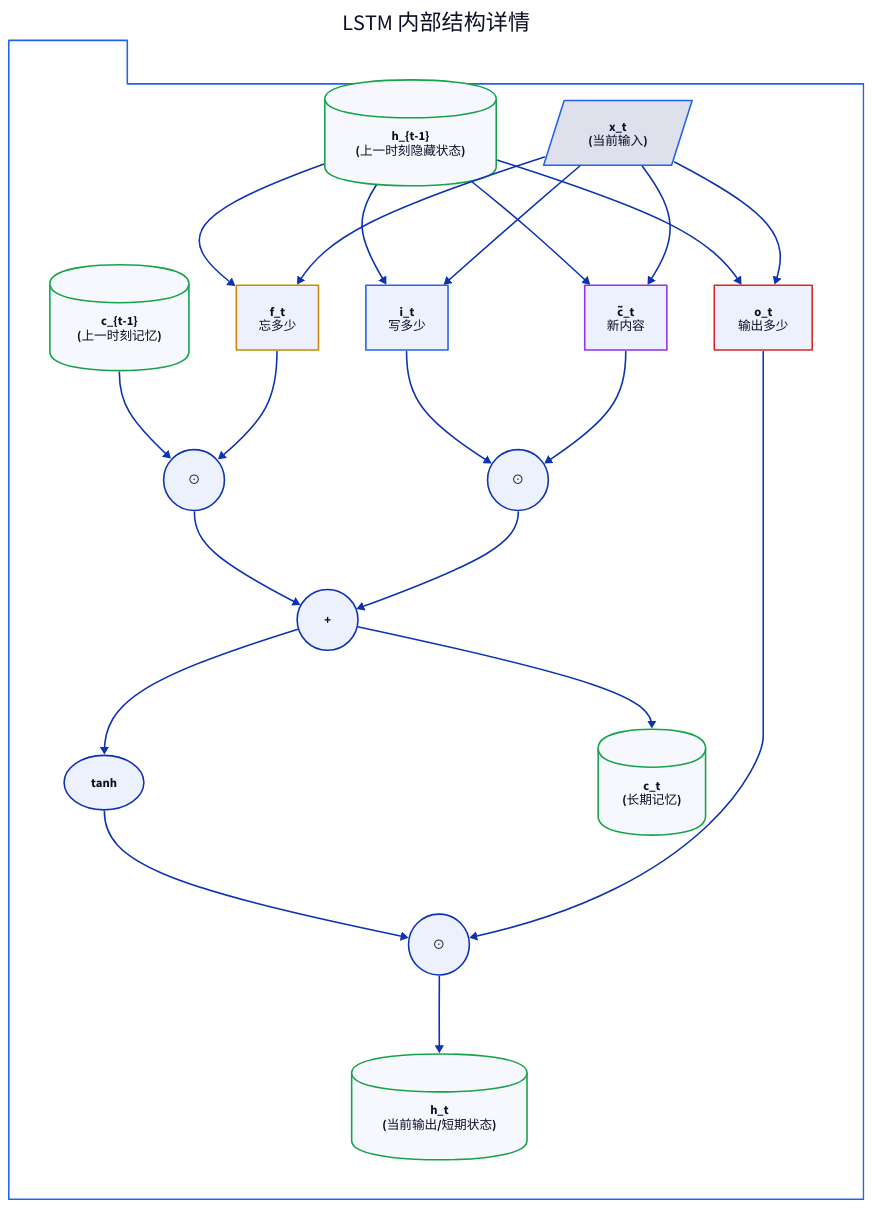
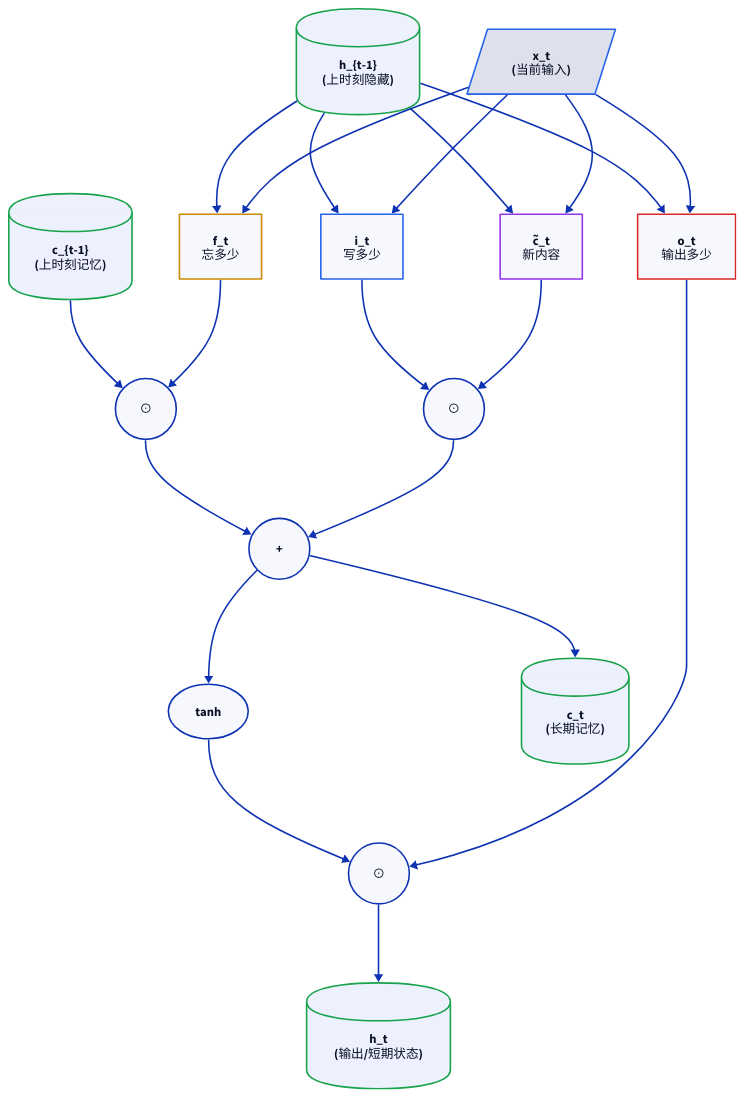
Before and after one commit to 111qqz/111qqz.github.io: the diagram in images/rnn-lstm-gru-architecture/lstm-detail.d2, drawn with D2. The commit also changed 71 other files, not shown here.

Commit message:
feat(diagrams): 处理 40-60% 中危配图，拆分 Overcommit 长链路并统一纵向/分阶段标准 111qqz/hugo-blog@6840c12ec7ae768c5e458013c75df5e0ce0c43e6

```diff
--- a/images/rnn-lstm-gru-architecture/lstm-detail.d2
+++ b/images/rnn-lstm-gru-architecture/lstm-detail.d2
@@ -1,52 +1,43 @@
 direction: down
 
-lstm: LSTM 内部结构详情 {
-  shape: package
-  style: {
-    stroke: "#2563eb"
-    stroke-width: 2
-    fill: transparent
-  }
+c_prev: "c_{t-1}\n(上时刻记忆)" { shape: cylinder; style.stroke: "#16a34a" }
+h_prev: "h_{t-1}\n(上时刻隐藏)" { shape: cylinder; style.stroke: "#16a34a" }
+x: "x_t\n(当前输入)" { shape: parallelogram; style.stroke: "#2563eb" }
 
-  c_prev: "c_{t-1}\n(上一时刻记忆)" { shape: cylinder; style.stroke: "#16a34a" }
-  h_prev: "h_{t-1}\n(上一时刻隐藏状态)" { shape: cylinder; style.stroke: "#16a34a" }
-  x: "x_t\n(当前输入)" { shape: parallelogram; style.stroke: "#2563eb" }
+f: "f_t\n忘多少" { shape: rectangle; style.stroke: "#ca8a04" }
+i: "i_t\n写多少" { shape: rectangle; style.stroke: "#2563eb" }
+c_tilde: "c̃_t\n新内容" { shape: rectangle; style.stroke: "#9333ea" }
+o: "o_t\n输出多少" { shape: rectangle; style.stroke: "#dc2626" }
 
-  f: "f_t\n忘多少" { shape: rectangle; style.stroke: "#ca8a04" }
-  i: "i_t\n写多少" { shape: rectangle; style.stroke: "#2563eb" }
-  c_tilde: "c̃_t\n新内容" { shape: rectangle; style.stroke: "#9333ea" }
-  o: "o_t\n输出多少" { shape: rectangle; style.stroke: "#dc2626" }
-  
-  mul_f: "⊙" { shape: circle }
-  add_c: "+" { shape: circle }
-  mul_i: "⊙" { shape: circle }
-  act_c: "tanh" { shape: oval }
-  mul_o: "⊙" { shape: circle }
+mul_f: "⊙" { shape: circle }
+add_c: "+" { shape: circle }
+mul_i: "⊙" { shape: circle }
+act_c: "tanh" { shape: oval }
+mul_o: "⊙" { shape: circle }
 
-  c_curr: "c_t\n(长期记忆)" { shape: cylinder; style.stroke: "#16a34a" }
-  h_curr: "h_t\n(当前输出/短期状态)" { shape: cylinder; style.stroke: "#16a34a" }
+c_curr: "c_t\n(长期记忆)" { shape: cylinder; style.stroke: "#16a34a" }
+h_curr: "h_t\n(输出/短期状态)" { shape: cylinder; style.stroke: "#16a34a" }
 
-  h_prev -> f
-  x -> f
-  h_prev -> i
-  x -> i
-  h_prev -> c_tilde
-  x -> c_tilde
-  h_prev -> o
-  x -> o
+h_prev -> f
+x -> f
+h_prev -> i
+x -> i
+h_prev -> c_tilde
+x -> c_tilde
+h_prev -> o
+x -> o
 
-  c_prev -> mul_f
-  f -> mul_f
-  mul_f -> add_c
-  
-  i -> mul_i
-  c_tilde -> mul_i
-  mul_i -> add_c
-  
-  add_c -> c_curr
-  add_c -> act_c
-  
-  act_c -> mul_o
-  o -> mul_o
-  mul_o -> h_curr
-}
+c_prev -> mul_f
+f -> mul_f
+mul_f -> add_c
+
+i -> mul_i
+c_tilde -> mul_i
+mul_i -> add_c
+
+add_c -> c_curr
+add_c -> act_c
+
+act_c -> mul_o
+o -> mul_o
+mul_o -> h_curr
```
